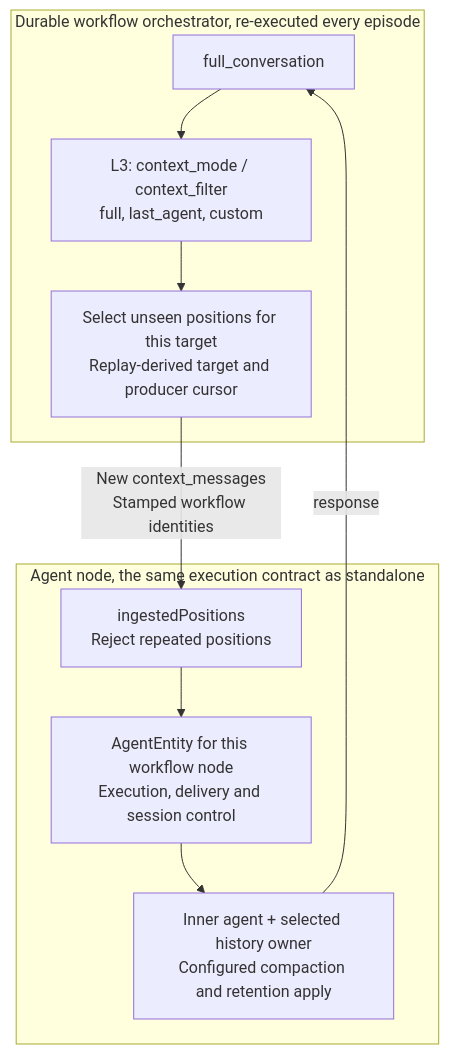
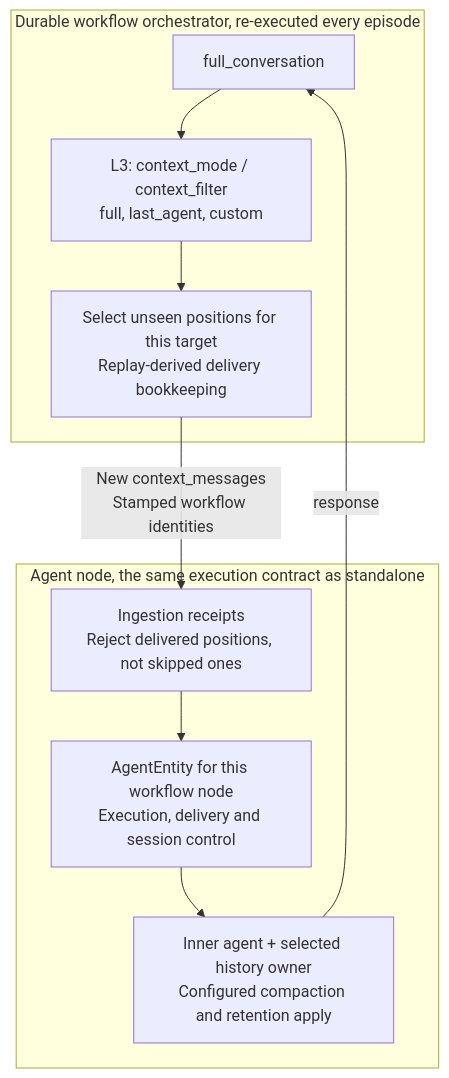
Before and after one commit to microsoft/agent-framework-durable-extension: the fifth of 6 diagrams in docs/decisions/0032-durable-thread-compaction.md, drawn with Mermaid. The commit also changed other lines of this file, not shown here.

````diff
--- a/docs/decisions/0032-durable-thread-compaction.md
+++ b/docs/decisions/0032-durable-thread-compaction.md
@@ -408,19 +427,19 @@
 ```mermaid
 flowchart TB
     subgraph ORCH["Durable workflow orchestrator, re-executed every episode"]
         FC["full_conversation"]
         PROJ["L3: context_mode / context_filter<br/>full, last_agent, custom"]
-      DELTA["Select unseen positions for this target<br/>Replay-derived target and producer cursor"]
+      DELTA["Select unseen positions for this target<br/>Replay-derived delivery bookkeeping"]
       FC --> PROJ --> DELTA
     end
 
     subgraph NODE["Agent node, the same execution contract as standalone"]
-      GUARD["ingestedPositions<br/>Reject repeated positions"]
+      GUARD["Ingestion receipts<br/>Reject delivered positions, not skipped ones"]
       ENTITY["AgentEntity for this workflow node<br/>Execution, delivery and session control"]
       INNER["Inner agent + selected history owner<br/>Configured compaction and retention apply"]
       GUARD --> ENTITY --> INNER
     end
 
     DELTA -->|"New context_messages<br/>Stamped workflow identities"| GUARD
     INNER -->|"response"| FC
 ```
````
